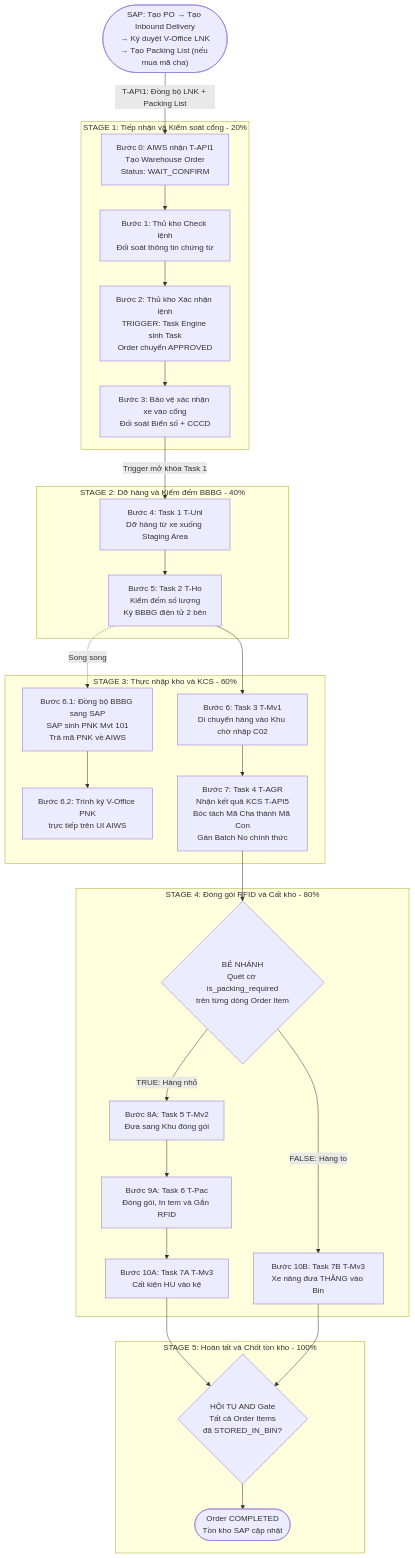
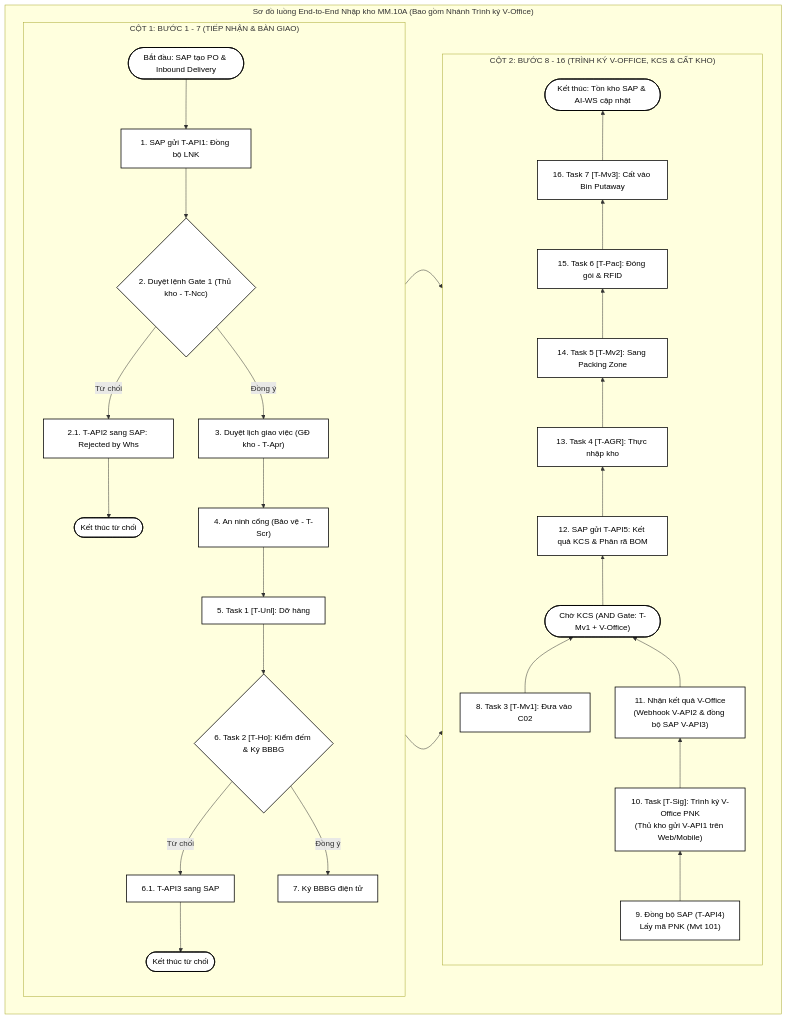
Before and after one commit to EdwardTran04/Project_Management: the first of 5 diagrams in knowledge/AIWS_MM10A_Tai_Lieu_Nghiep_Vu_Nhap_Kho_Mua_Moi_NCC.md, drawn with Mermaid. The commit also changed other lines of this file and 3 other files, not shown here.

````diff
--- a/knowledge/AIWS_MM10A_Tai_Lieu_Nghiep_Vu_Nhap_Kho_Mua_Moi_NCC.md
+++ b/knowledge/AIWS_MM10A_Tai_Lieu_Nghiep_Vu_Nhap_Kho_Mua_Moi_NCC.md
@@ -85,55 +187,37 @@
 ```mermaid
 flowchart TD
-    SAP_START(["SAP: Tạo PO → Tạo Inbound Delivery<br>→ Ký duyệt V-Office LNK<br>→ Tạo Packing List (nếu mua mã cha)"]) 
-    SAP_START -->|"T-API1: Đồng bộ LNK + Packing List"| S0
-
-    subgraph STAGE_1 ["STAGE 1: Tiếp nhận và Kiểm soát cổng - 20%"]
-        S0["Bước 0: AIWS nhận T-API1<br>Tạo Warehouse Order<br>Status: WAIT_CONFIRM"]
-        S1["Bước 1: Thủ kho Check lệnh<br>Đối soát thông tin chứng từ"]
-        S2["Bước 2: Thủ kho Xác nhận lệnh<br>TRIGGER: Task Engine sinh Task<br>Order chuyển APPROVED"]
-        S3["Bước 3: Bảo vệ xác nhận xe vào cổng<br>Đối soát Biển số + CCCD"]
-        S0 --> S1
-        S1 --> S2
-        S2 --> S3
+    subgraph MAIN ["Sơ đồ luồng End-to-End Nhập kho MM.10A (Bao gồm Nhánh Trình ký V-Office)"]
+        direction LR
+        subgraph COL1 ["CỘT 1: BƯỚC 1 - 7 (TIẾP NHẬN & BÀN GIAO)"]
+            direction TB
+            START([Bắt đầu: SAP tạo PO & Inbound Delivery]) --> STEP1["1. SAP gửi T-API1: Đồng bộ LNK"]
+            STEP1 --> STEP2{"2. Duyệt lệnh Gate 1 (Thủ kho - T-Ncc)"}
+            STEP2 -- Từ chối --> REJ1["2.1. T-API2 sang SAP: Rejected by Whs"]
+            REJ1 --> END_REJ1([Kết thúc từ chối])
+            STEP2 -- Đồng ý --> STEP3["3. Duyệt lịch giao việc (GĐ kho - T-Apr)"]
+            STEP3 --> STEP4["4. An ninh cổng (Bảo vệ - T-Scr)"]
+            STEP4 --> STEP5["5. Task 1 [T-Unl]: Dỡ hàng"]
+            STEP5 --> STEP6{"6. Task 2 [T-Ho]: Kiểm đếm & Ký BBBG"}
+            STEP6 -- Từ chối --> REJ2["6.1. T-API3 sang SAP"]
+            REJ2 --> END_REJ2([Kết thúc từ chối])
+            STEP6 -- Đồng ý --> SIGN_BBBG["7. Ký BBBG điện tử"]
+        end
+        subgraph COL2 ["CỘT 2: BƯỚC 8 - 16 (TRÌNH KÝ V-OFFICE, KCS & CẤT KHO)"]
+            direction BT
+            SYNC_SAP["9. Đồng bộ SAP (T-API4)<br>Lấy mã PNK (Mvt 101)"] --> VOFFICE["10. Task [T-Sig]: Trình ký V-Office PNK<br>(Thủ kho gửi V-API1 trên Web/Mobile)"]
+            VOFFICE --> VOFFICE_CB["11. Nhận kết quả V-Office<br>(Webhook V-API2 & đồng bộ SAP V-API3)"]
+            STEP7["8. Task 3 [T-Mv1]: Đưa vào C02"] --> JOIN(["Chờ KCS (AND Gate: T-Mv1 + V-Office)"])
+            VOFFICE_CB --> JOIN
+            JOIN --> WAIT_KCS["12. SAP gửi T-API5: Kết quả KCS & Phân rã BOM"]
+            WAIT_KCS --> STEP8["13. Task 4 [T-AGR]: Thực nhập kho"]
+            STEP8 --> STEP9["14. Task 5 [T-Mv2]: Sang Packing Zone"]
+            STEP9 --> STEP10["15. Task 6 [T-Pac]: Đóng gói & RFID"]
+            STEP10 --> STEP11["16. Task 7 [T-Mv3]: Cất vào Bin Putaway"]
+            STEP11 --> FINISH([Kết thúc: Tồn kho SAP & AI-WS cập nhật])
+        end
+        SIGN_BBBG --> STEP7
+        SIGN_BBBG --> SYNC_SAP
     end
-
-    subgraph STAGE_2 ["STAGE 2: Dỡ hàng và Kiểm đếm BBBG - 40%"]
-        S4["Bước 4: Task 1 T-Unl<br>Dỡ hàng từ xe xuống Staging Area"]
-        S5["Bước 5: Task 2 T-Ho<br>Kiểm đếm số lượng<br>Ký BBBG điện tử 2 bên"]
-    end
-
-    subgraph STAGE_3 ["STAGE 3: Thực nhập kho và KCS - 60%"]
-        S6["Bước 6: Task 3 T-Mv1<br>Di chuyển hàng vào Khu chờ nhập C02"]
-        S6_SYNC["Bước 6.1: Đồng bộ BBBG sang SAP<br>SAP sinh PNK Mvt 101<br>Trả mã PNK về AIWS"]
-        S6_VOF["Bước 6.2: Trình ký V-Office PNK<br>trực tiếp trên UI AIWS"]
-        S7["Bước 7: Task 4 T-AGR<br>Nhận kết quả KCS T-API5<br>Bóc tách Mã Cha thành Mã Con<br>Gán Batch No chính thức"]
-    end
-
-    subgraph STAGE_4 ["STAGE 4: Đóng gói RFID và Cất kho - 80%"]
-        FORK{"BẺ NHÁNH<br>Quét cờ is_packing_required<br>trên từng dòng Order Item"}
-        S8A["Bước 8A: Task 5 T-Mv2<br>Đưa sang Khu đóng gói"]
-        S9A["Bước 9A: Task 6 T-Pac<br>Đóng gói, In tem và Gắn RFID"]
-        S10A["Bước 10A: Task 7A T-Mv3<br>Cất kiện HU vào kệ"]
-        S10B["Bước 10B: Task 7B T-Mv3<br>Xe nâng đưa THẲNG vào Bin"]
-    end
-
-    subgraph STAGE_5 ["STAGE 5: Hoàn tất và Chốt tồn kho - 100%"]
-        JOIN{"HỘI TỤ AND Gate<br>Tất cả Order Items<br>đã STORED_IN_BIN?"}
-        COMPLETE(["Order COMPLETED<br>Tồn kho SAP cập nhật"])
-    end
-
-    S3 -->|"Trigger mở khóa Task 1"| S4
-    S4 --> S5
-    S5 --> S6
-    S5 -.->|Song song| S6_SYNC
-    S6_SYNC --> S6_VOF
-    S6 --> S7
-    S7 --> FORK
-    FORK -->|"TRUE: Hàng nhỏ"| S8A
-    FORK -->|"FALSE: Hàng to"| S10B
-    S8A --> S9A
-    S9A --> S10A
-    S10A --> JOIN
-    S10B --> JOIN
-    JOIN --> COMPLETE
+    classDef mainNode fill:#ffffff,stroke:#000000,color:#000000,stroke-width:1.5px;
+    class START,STEP1,STEP2,REJ1,END_REJ1,STEP3,STEP4,STEP5,STEP6,REJ2,END_REJ2,SIGN_BBBG,STEP7,SYNC_SAP,VOFFICE,VOFFICE_CB,JOIN,WAIT_KCS,STEP8,STEP9,STEP10,STEP11,FINISH mainNode;
 ```
````
